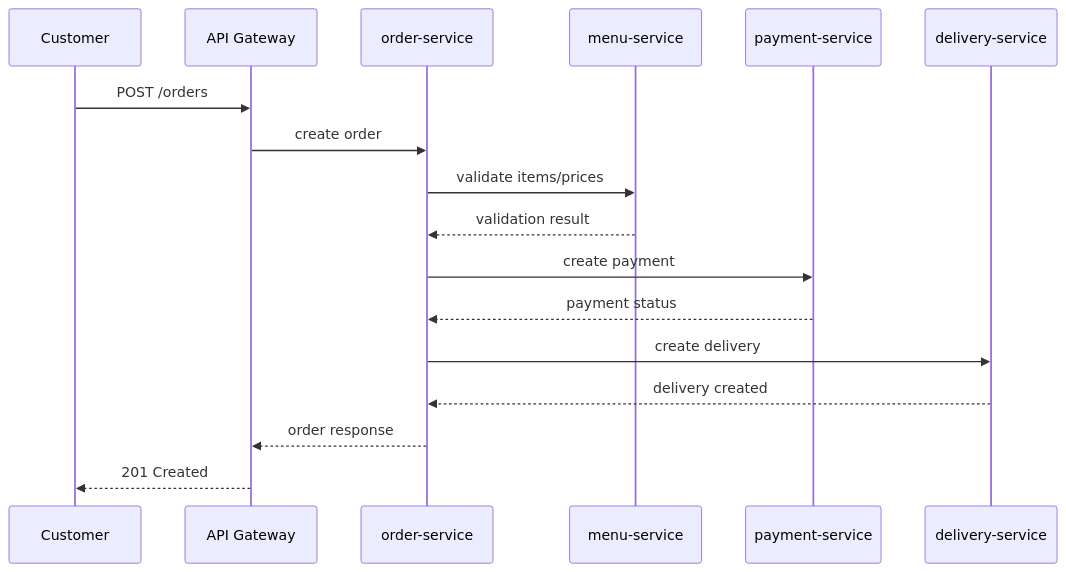
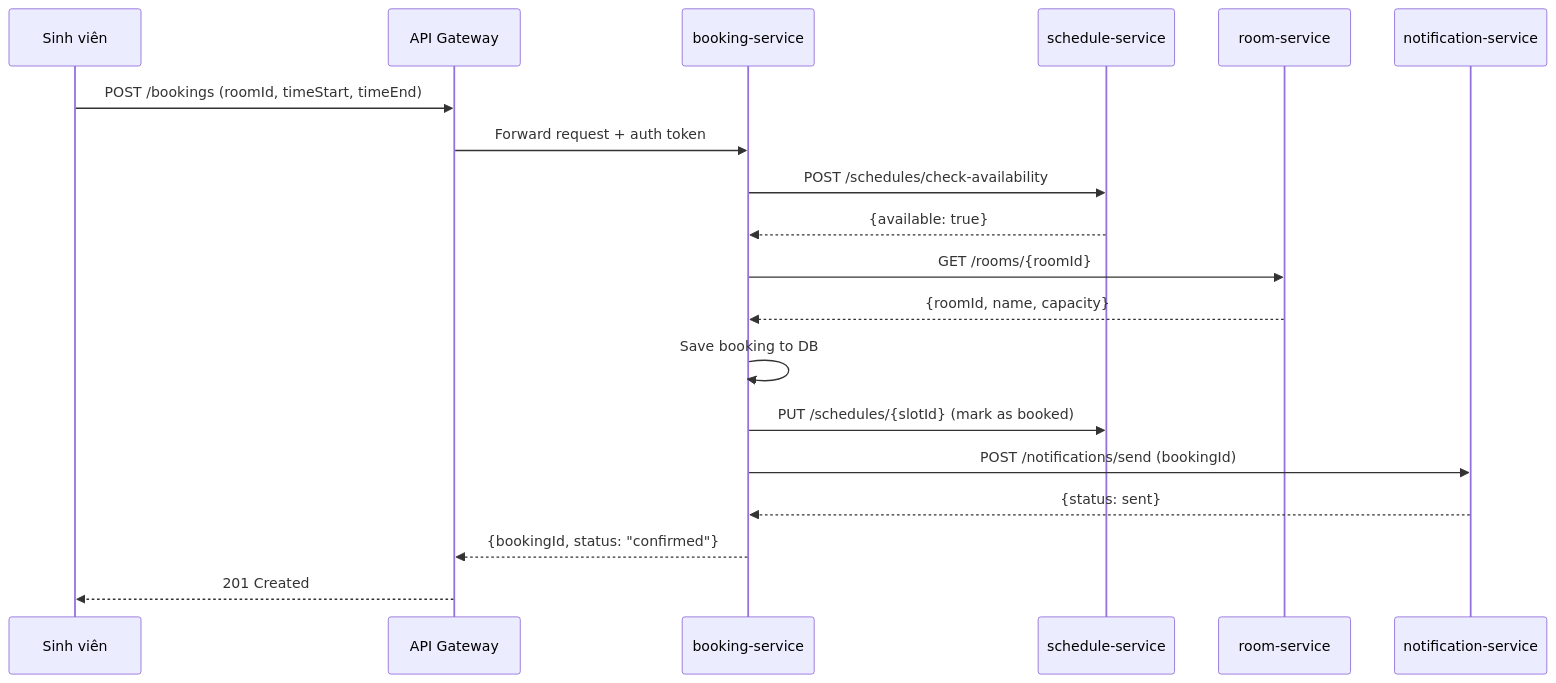
One commit to Ahnguyen89/Test- changed the first of 6 diagrams in docs/analysis-and-design.md. Above: the diagram before and after it, drawn with Mermaid. The commit also changed other lines of this file, not shown here.

````diff
--- a/docs/analysis-and-design.md
+++ b/docs/analysis-and-design.md
@@ -133,20 +239,22 @@
 ```mermaid
 sequenceDiagram
-    participant C as Customer
-    participant GW as API Gateway
-    participant OS as order-service
-    participant MS as menu-service
-    participant PS as payment-service
-    participant DS as delivery-service
+    participant Client as Sinh viên
+    participant Gateway as API Gateway
+    participant BookingService as booking-service
+    participant ScheduleService as schedule-service
+    participant RoomService as room-service
+    participant NotificationService as notification-service
 
-    C->>GW: POST /orders
-    GW->>OS: create order
-    OS->>MS: validate items/prices
-    MS-->>OS: validation result
-    OS->>PS: create payment
-    PS-->>OS: payment status
-    OS->>DS: create delivery
-    DS-->>OS: delivery created
-    OS-->>GW: order response
-    GW-->>C: 201 Created
+    Client->>Gateway: POST /bookings (roomId, timeStart, timeEnd)
+    Gateway->>BookingService: Forward request + auth token
+    BookingService->>ScheduleService: POST /schedules/check-availability
+    ScheduleService-->>BookingService: {available: true}
+    BookingService->>RoomService: GET /rooms/{roomId}
+    RoomService-->>BookingService: {roomId, name, capacity}
+    BookingService->>BookingService: Save booking to DB
+    BookingService->>ScheduleService: PUT /schedules/{slotId} (mark as booked)
+    BookingService->>NotificationService: POST /notifications/send (bookingId)
+    NotificationService-->>BookingService: {status: sent}
+    BookingService-->>Gateway: {bookingId, status: "confirmed"}
+    Gateway-->>Client: 201 Created
 ```
````
